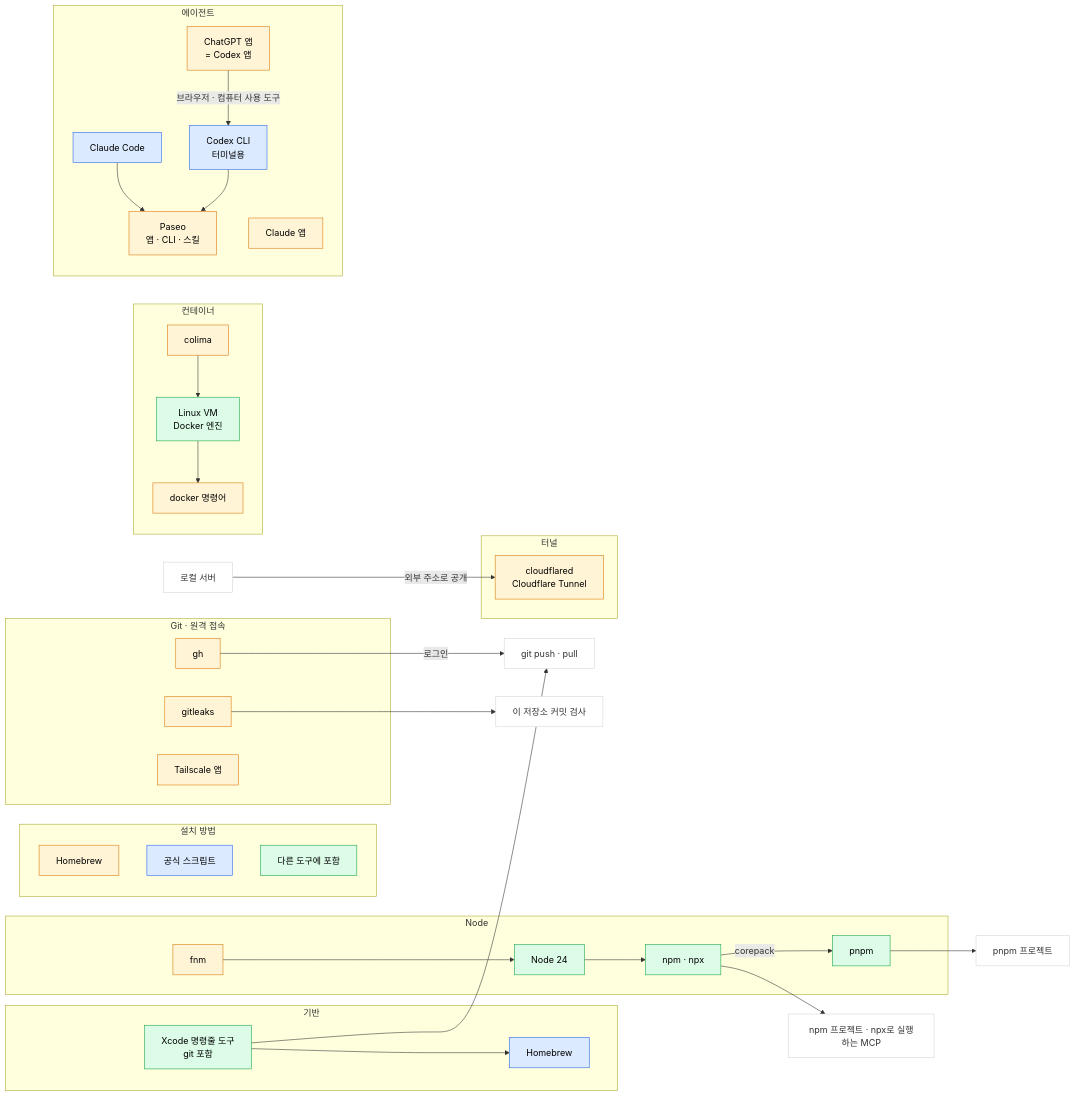
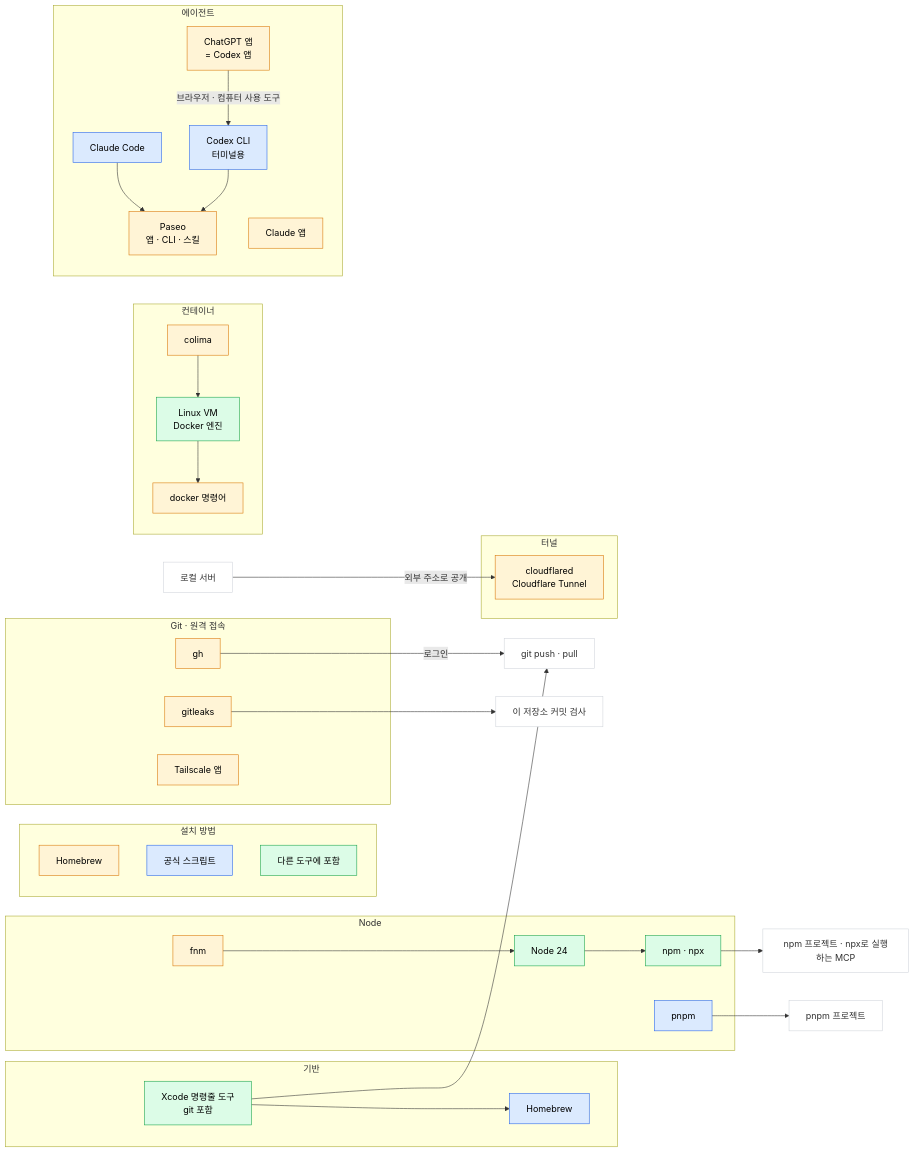
One commit to 01-works/bootstrap changed the diagram in TOOLS.md. Above: the diagram before and after it, drawn with Mermaid. The commit also changed other lines of this file and 5 other files, not shown here.

````diff
--- a/TOOLS.md
+++ b/TOOLS.md
@@ -9,70 +9,69 @@
 ```mermaid
 flowchart LR
   subgraph sgLegend["설치 방법"]
     direction TB
     LG1["Homebrew"]:::brew
     LG2["공식 스크립트"]:::script
     LG3["다른 도구에 포함"]:::bundled
   end
 
   subgraph sgBase["기반"]
     CLT["Xcode 명령줄 도구<br/>git 포함"]
     BREW["Homebrew"]
   end
   CLT --> BREW
 
   subgraph sgGit["Git · 원격 접속"]
     GH["gh"]
     GL["gitleaks"]
     TSAPP["Tailscale 앱"]
   end
   CLT --> GIT["git push · pull"]
   GH -->|로그인| GIT
   GL --> HOOK["이 저장소 커밋 검사"]
 
   subgraph sgNode["Node"]
     FNM["fnm"]
     NODE["Node 24"]
     NPM["npm · npx"]
     PNPM["pnpm"]
   end
   FNM --> NODE
   NODE --> NPM
-  NPM -->|corepack| PNPM
   PNPM --> PP["pnpm 프로젝트"]
   NPM --> NP["npm 프로젝트 · npx로 실행하는 MCP"]
 
   subgraph sgDocker["컨테이너"]
     COLIMA["colima"]
     VM["Linux VM<br/>Docker 엔진"]
     DOCKER["docker 명령어"]
   end
   COLIMA --> VM
   VM --> DOCKER
 
   subgraph sgAgents["에이전트"]
     CC["Claude Code"]
     CLAUDEAPP["Claude 앱"]
     CHATGPT["ChatGPT 앱<br/>= Codex 앱"]
     CODEX["Codex CLI<br/>터미널용"]
     PASEO["Paseo<br/>앱 · CLI · 스킬"]
   end
   CHATGPT -->|브라우저 · 컴퓨터 사용 도구| CODEX
   CC --> PASEO
   CODEX --> PASEO
 
   subgraph sgTunnel["터널"]
     CF["cloudflared<br/>Cloudflare Tunnel"]
   end
   LOCAL["로컬 서버"] -->|외부 주소로 공개| CF
 
   classDef brew fill:#fff4d6,stroke:#d97706,color:#000
   classDef script fill:#dbeafe,stroke:#2563eb,color:#000
   classDef bundled fill:#dcfce7,stroke:#16a34a,color:#000
   classDef use fill:#ffffff,stroke:#d1d5db,color:#333
 
-  class BREW,CC,CODEX script
-  class CLT,NODE,NPM,PNPM,VM bundled
+  class BREW,CC,CODEX,PNPM script
+  class CLT,NODE,NPM,VM bundled
   class FNM,COLIMA,DOCKER,CLAUDEAPP,CHATGPT,PASEO,CF,GH,GL,TSAPP brew
   class PP,NP,GIT,HOOK,LOCAL use
 ```
````
